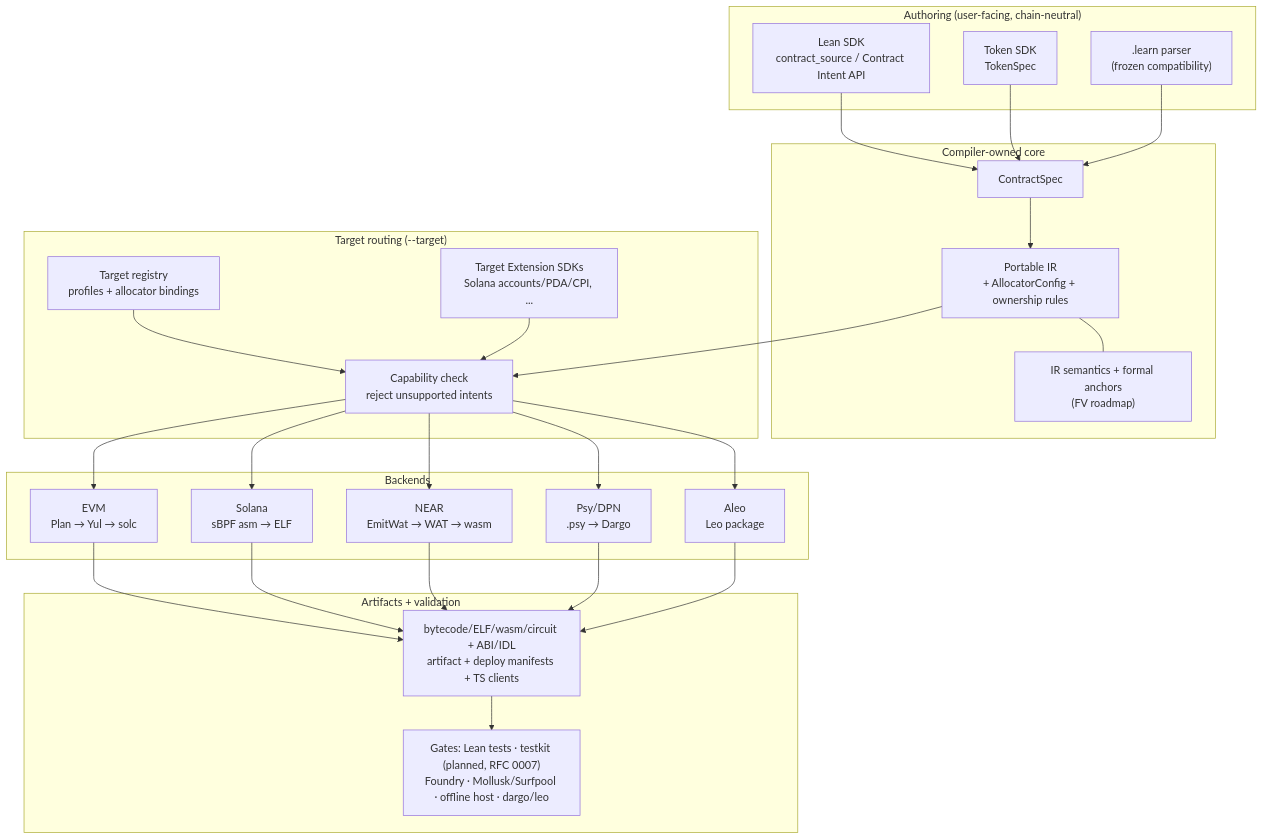
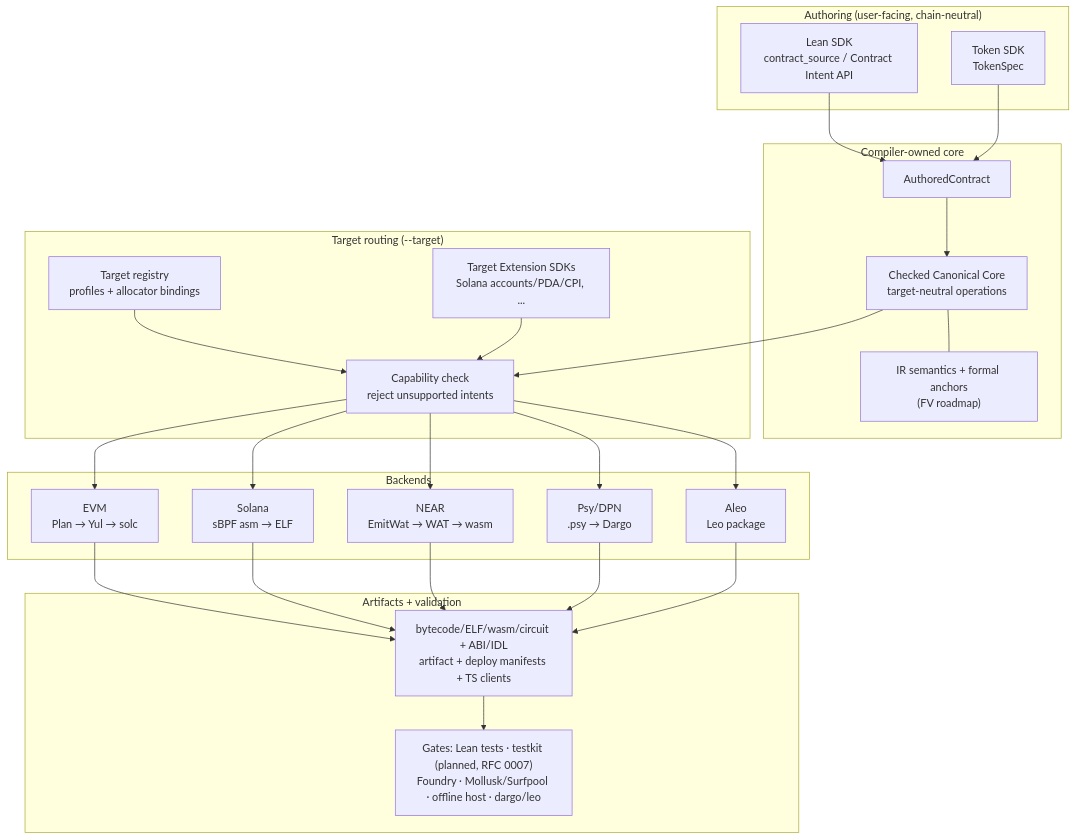
Before and after one commit to DaviRain-Su/proof_forge: the diagram in README.md, drawn with Mermaid. The commit also changed other lines of this file and 25 other files, not shown here.

````diff
--- a/README.md
+++ b/README.md
@@ -130,45 +130,43 @@
 ```mermaid
 flowchart TB
   subgraph authoring ["Authoring (user-facing, chain-neutral)"]
     SDK["Lean SDK<br/>contract_source / Contract Intent API"]
     TOK["Token SDK<br/>TokenSpec"]
-    LEARN[".learn parser<br/>(frozen compatibility)"]
   end
 
   subgraph core ["Compiler-owned core"]
-    SPEC["ContractSpec"]
-    IR["Portable IR<br/>+ AllocatorConfig + ownership rules"]
+    AUTH["AuthoredContract"]
+    IR["Checked Canonical Core<br/>target-neutral operations"]
     SEM["IR semantics + formal anchors<br/>(FV roadmap)"]
   end
 
   subgraph routing ["Target routing (--target)"]
     REG["Target registry<br/>profiles + allocator bindings"]
     CAP["Capability check<br/>reject unsupported intents"]
     EXT["Target Extension SDKs<br/>Solana accounts/PDA/CPI, ..."]
   end
 
   subgraph backends ["Backends"]
     EVM["EVM<br/>Plan → Yul → solc"]
     SOL["Solana<br/>sBPF asm → ELF"]
     NEAR["NEAR<br/>EmitWat → WAT → wasm"]
     PSY["Psy/DPN<br/>.psy → Dargo"]
     ALEO["Aleo<br/>Leo package"]
   end
 
   subgraph artifacts ["Artifacts + validation"]
     ART["bytecode/ELF/wasm/circuit + ABI/IDL<br/>artifact + deploy manifests + TS clients"]
     GATES["Gates: Lean tests · testkit (planned, RFC 0007)<br/>Foundry · Mollusk/Surfpool · offline host · dargo/leo"]
   end
 
-  SDK --> SPEC
-  TOK --> SPEC
-  LEARN --> SPEC
-  SPEC --> IR
+  SDK --> AUTH
+  TOK --> AUTH
+  AUTH --> IR
   IR --- SEM
   IR --> CAP
   REG --> CAP
   EXT --> CAP
   CAP --> EVM & SOL & NEAR & PSY & ALEO
   EVM & SOL & NEAR & PSY & ALEO --> ART
   ART --> GATES
 ```
````
